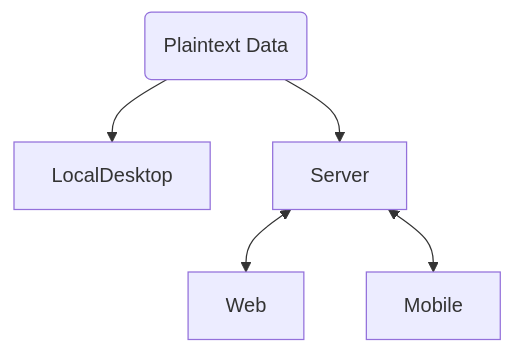
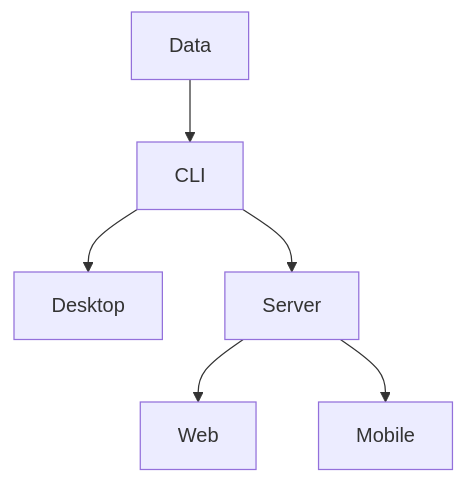
Before and after one commit to pagekey/website: the first of 2 diagrams in src/content/post/blog/2024/plaintext-architecture.mdx, drawn with Mermaid. The commit also changed other lines of this file, not shown here.

Commit message:
Tweak post based on notes

````diff
--- a/src/content/post/blog/2024/plaintext-architecture.mdx
+++ b/src/content/post/blog/2024/plaintext-architecture.mdx
@@ -42,8 +42,8 @@
 ```mermaid
 flowchart TD
-  PlaintextData(Plaintext Data)
-  PlaintextData --> LocalDesktop
-  PlaintextData --> Server
-  Server <--> Web
-  Server <--> Mobile
+  Data --> CLI
+  CLI --> Desktop
+  CLI --> Server
+  Server --> Web
+  Server --> Mobile
 ```
````
